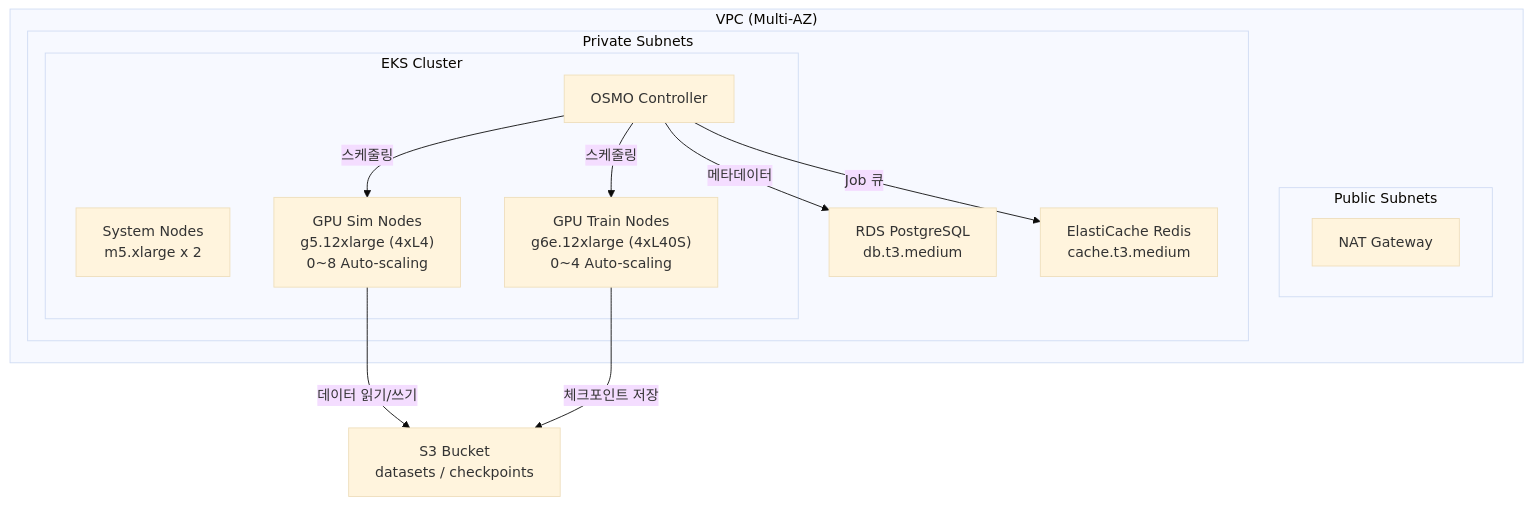
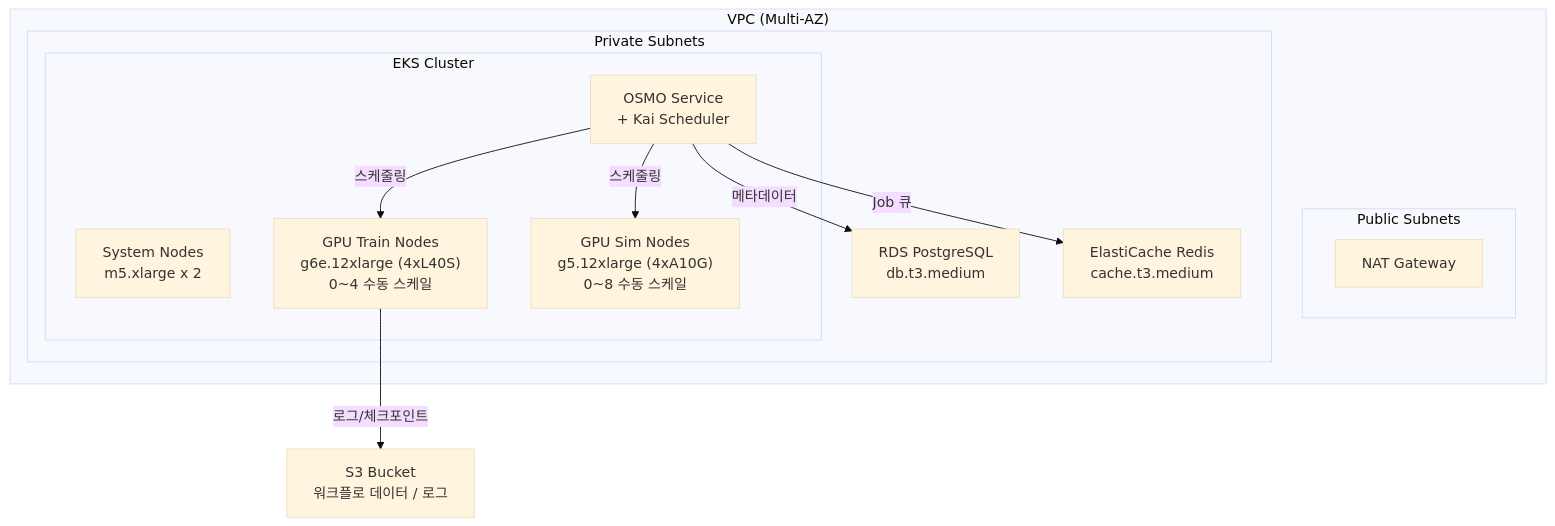
One commit to seokjushin/physical-ai-aws-docs changed the first of 2 diagrams in physical-ai-on-aws-guide/nvidia-osmo-on-aws/README.md. Above: the diagram before and after it, drawn with Mermaid (base theme). The commit also changed other lines of this file and 11 other files, not shown here.

````diff
--- a/physical-ai-on-aws-guide/nvidia-osmo-on-aws/README.md
+++ b/physical-ai-on-aws-guide/nvidia-osmo-on-aws/README.md
@@ -32,28 +31,27 @@
 ```mermaid
 flowchart TB
     subgraph VPC ["VPC (Multi-AZ)"]
         subgraph PUB ["Public Subnets"]
             NAT["NAT Gateway"]
         end
 
         subgraph PRI ["Private Subnets"]
             subgraph EKS ["EKS Cluster"]
                 SYS["System Nodes\nm5.xlarge x 2"]
-                SIM["GPU Sim Nodes\ng5.12xlarge (4xL4)\n0~8 Auto-scaling"]
-                TRAIN["GPU Train Nodes\ng6e.12xlarge (4xL40S)\n0~4 Auto-scaling"]
-                OSMO_CTRL["OSMO Controller"]
+                TRAIN["GPU Train Nodes\ng6e.12xlarge (4xL40S)\n0~4 수동 스케일"]
+                SIM["GPU Sim Nodes\ng5.12xlarge (4xA10G)\n0~8 수동 스케일"]
+                OSMO_CTRL["OSMO Service\n+ Kai Scheduler"]
             end
             RDS["RDS PostgreSQL\ndb.t3.medium"]
             REDIS["ElastiCache Redis\ncache.t3.medium"]
         end
     end
 
-    S3["S3 Bucket\ndatasets / checkpoints"]
+    S3["S3 Bucket\n워크플로 데이터 / 로그"]
 
     OSMO_CTRL -->|"메타데이터"| RDS
     OSMO_CTRL -->|"Job 큐"| REDIS
+    OSMO_CTRL -->|"스케줄링"| TRAIN
     OSMO_CTRL -->|"스케줄링"| SIM
-    OSMO_CTRL -->|"스케줄링"| TRAIN
-    SIM -->|"데이터 읽기/쓰기"| S3
-    TRAIN -->|"체크포인트 저장"| S3
+    TRAIN -->|"로그/체크포인트"| S3
 ```
````
